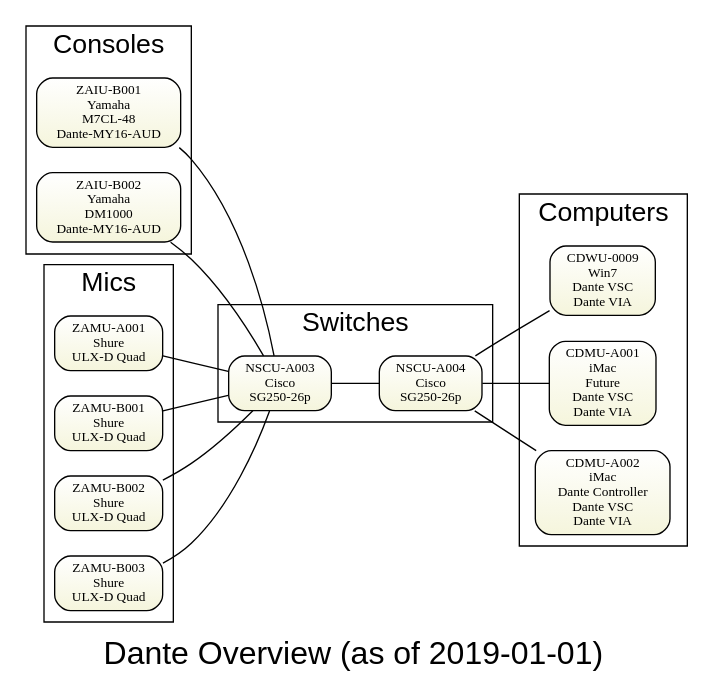
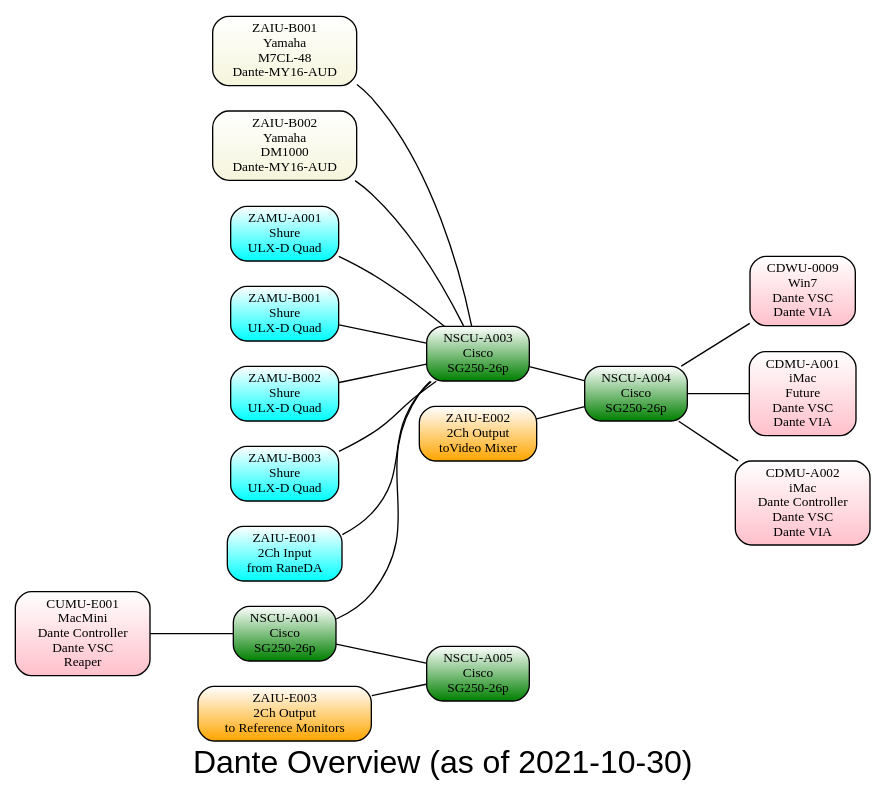
The diagram in sda-dante.gv (avmaint/uactechdoc), drawn with Graphviz before and after one commit.

Commit message:
added dante devices

```diff
--- a/sda-dante.gv
+++ b/sda-dante.gv
@@ -1,45 +1,60 @@
 graph overview { 
 graph [overlap = true, fontsize = 24, rankdir=LR 
-      label="Dante Overview (as of 2019-01-01)", 
+      label="Dante Overview (as of 2021-10-30)", 
       fontname = Helvetica]
 
 node [shape=Mrecord, tooltip="" , fontsize = 10, 
       fillcolor="white:beige" , style=filled  
       gradientangle=270]
 
-subgraph cluster_foh {label="Consoles"   fontsize = 20
+
   zaiub001 [label="ZAIU-B001\nYamaha\nM7CL-48\nDante-MY16-AUD"]
   zaiub002 [label="ZAIU-B002\nYamaha\nDM1000\nDante-MY16-AUD"]
-}
 
-subgraph cluster_mics {label="Mics" fontsize = 20
-zamua001 [label="ZAMU-A001\nShure\nULX-D Quad"]
-zamub001 [label="ZAMU-B001\nShure\nULX-D Quad"]
-zamub002 [label="ZAMU-B002\nShure\nULX-D Quad"]
-zamub003 [label="ZAMU-B003\nShure\nULX-D Quad"]
-}
 
-subgraph cluster_computers {label="Computers" fontsize = 20
-cdwu0009 [label="CDWU-0009\nWin7\nDante VSC\nDante VIA"]
-cdmua001 [label="CDMU-A001\niMac\nFuture\nDante VSC\nDante VIA"]
-cdmua002 [label="CDMU-A002\niMac\nDante Controller\nDante VSC\nDante VIA"]
-}
+zamua001 [label="ZAMU-A001\nShure\nULX-D Quad", fillcolor="white:cyan" ]
+zamub001 [label="ZAMU-B001\nShure\nULX-D Quad", fillcolor="white:cyan"]
+zamub002 [label="ZAMU-B002\nShure\nULX-D Quad", fillcolor="white:cyan"]
+zamub003 [label="ZAMU-B003\nShure\nULX-D Quad", fillcolor="white:cyan"]
 
-subgraph cluster_switches {label="Switches" fontsize=20
-nscua003 [label="NSCU-A003\nCisco\nSG250-26p"]
-nscua004 [label="NSCU-A004\nCisco\nSG250-26p"]
-}
+
+
+cdwu0009 [label="CDWU-0009\nWin7\nDante VSC\nDante VIA", fillcolor="white:pink"]
+cdmua001 [label="CDMU-A001\niMac\nFuture\nDante VSC\nDante VIA", fillcolor="white:pink"]
+cdmua002 [label="CDMU-A002\niMac\nDante Controller\nDante VSC\nDante VIA", fillcolor="white:pink"]
+cumue001 [label="CUMU-E001\nMacMini\nDante Controller\nDante VSC\nReaper", fillcolor="white:pink"]
+
+nscua003 [label="NSCU-A003\nCisco\nSG250-26p", fillcolor="white:green"]
+nscua004 [label="NSCU-A004\nCisco\nSG250-26p", fillcolor="white:green"]
+nscua001 [label="NSCU-A001\nCisco\nSG250-26p", fillcolor="white:green"]
+nscua005 [label="NSCU-A005\nCisco\nSG250-26p", fillcolor="white:green"]
+
+ 
+
+zaiue001 [label="ZAIU-E001\n2Ch Input\nfrom RaneDA", fillcolor="white:cyan"]
+zaiue002 [label="ZAIU-E002\n2Ch Output\ntoVideo Mixer", fillcolor="white:orange"] 
+zaiue003 [label="ZAIU-E003\n2Ch Output\nto Reference Monitors", fillcolor="white:orange"]
+
  
 nscua003 -- nscua004
 nscua004 -- cdwu0009
 nscua004 -- cdmua001
 nscua004 -- cdmua002
 
 zamua001 -- nscua003
 zamub001 -- nscua003
 zamub002 -- nscua003
 zamub003 -- nscua003
 
 zaiub001 -- nscua003
 zaiub002 -- nscua003
+
+zaiue001 -- nscua003
+zaiue002 -- nscua004
+
+nscua001 -- nscua003
+nscua001 -- nscua005
+
+zaiue003 -- nscua005
+cumue001 -- nscua001
 } 
```
